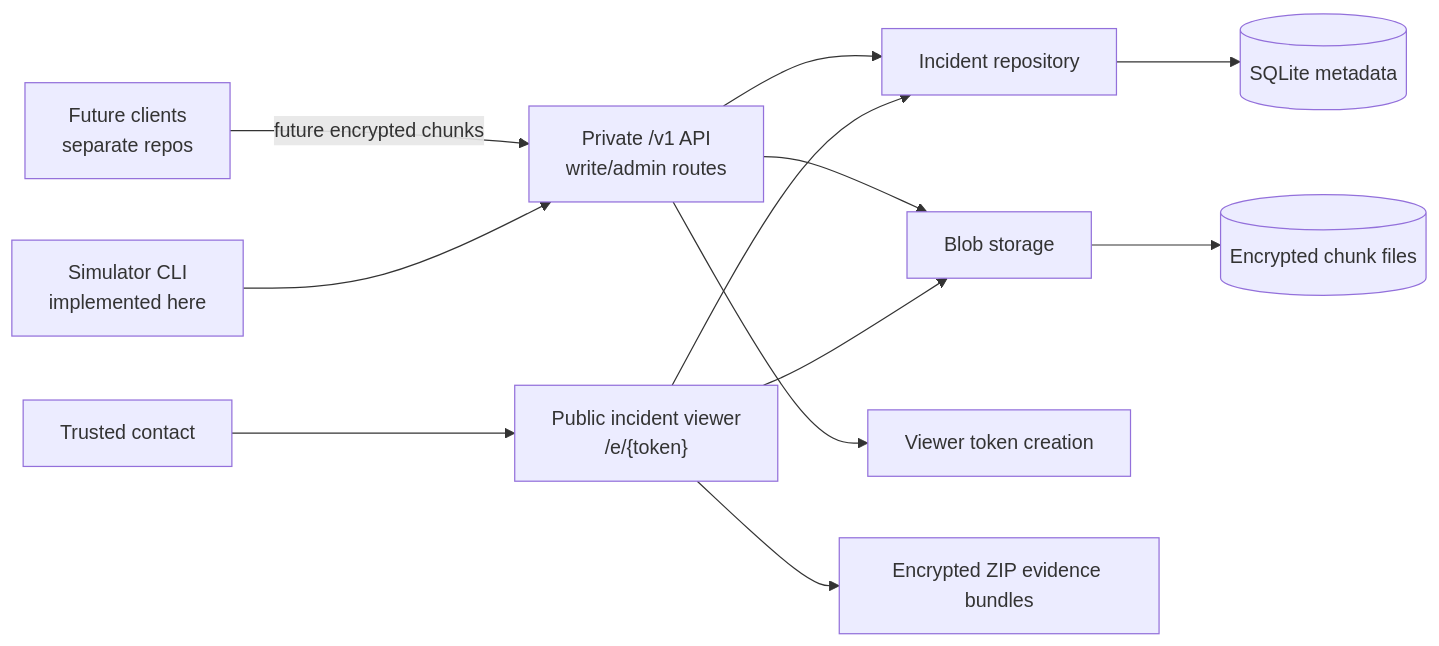
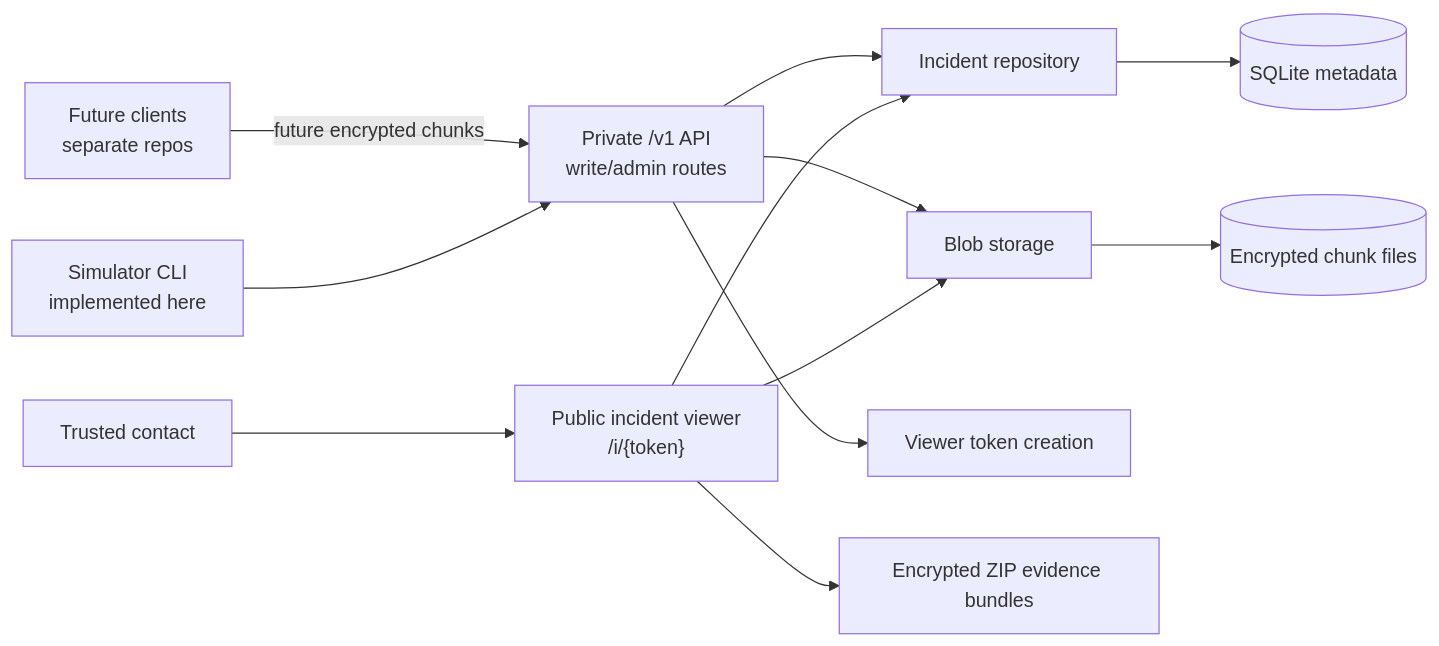
One commit to open-proofline/server changed the first of 4 diagrams in docs/architecture.md. Above: the diagram before and after it, drawn with Mermaid. The commit also changed other lines of this file and 64 other files, not shown here.

Commit message:
Renamed legacy emergency viewer/tokens to incident-viewer and incident-token

````diff
--- a/docs/architecture.md
+++ b/docs/architecture.md
@@ -13,14 +13,14 @@
 ```mermaid
 flowchart LR
     FutureClients["Future clients<br/>separate repos"] -->|"future encrypted chunks"| PrivateAPI["Private /v1 API<br/>write/admin routes"]
     Simulator["Simulator CLI<br/>implemented here"] --> PrivateAPI
     PrivateAPI --> Repo["Incident repository"]
     Repo --> DB[(SQLite metadata)]
     PrivateAPI --> Store["Blob storage"]
     Store --> Files[(Encrypted chunk files)]
     PrivateAPI --> Token["Viewer token creation"]
-    Contact["Trusted contact"] --> Viewer["Public incident viewer<br/>/e/{token}"]
+    Contact["Trusted contact"] --> Viewer["Public incident viewer<br/>/i/{token}"]
     Viewer --> Repo
     Viewer --> Store
     Viewer --> Bundle["Encrypted ZIP evidence bundles"]
 ```
````
